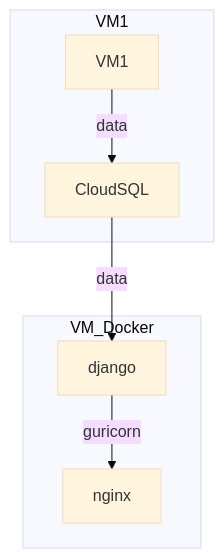
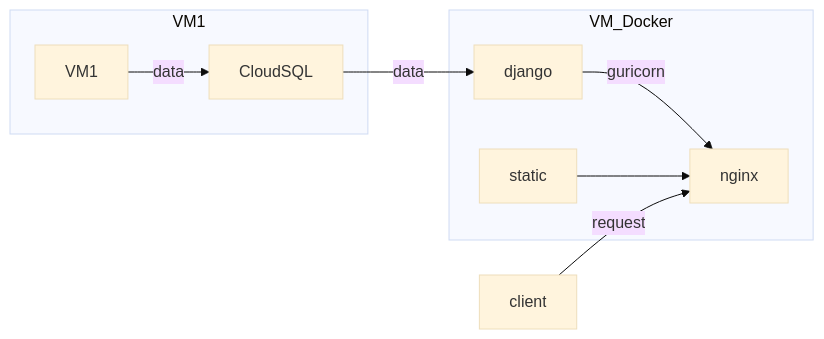
One commit to merucode/merucode.github.io changed the diagram in docs/menu7-project/menu7-sub1-web/menu7-sub1-sub1-design.md. Above: the diagram before and after it, drawn with Mermaid (base theme).

````diff
--- a/docs/menu7-project/menu7-sub1-web/menu7-sub1-sub1-design.md
+++ b/docs/menu7-project/menu7-sub1-web/menu7-sub1-sub1-design.md
@@ -13,10 +13,12 @@
 ```mermaid
-flowchart TB
+flowchart LR
     subgraph VM1 
     a1[VM1]--data-->a2[CloudSQL]
     end
     a2--"data"-->b1
     subgraph VM_Docker
     b1[django]--guricorn-->b2[nginx]
+    b3[static]-->b2[nginx]
     end
+    c1[client]--request-->b2[nginx]
 ```
````
